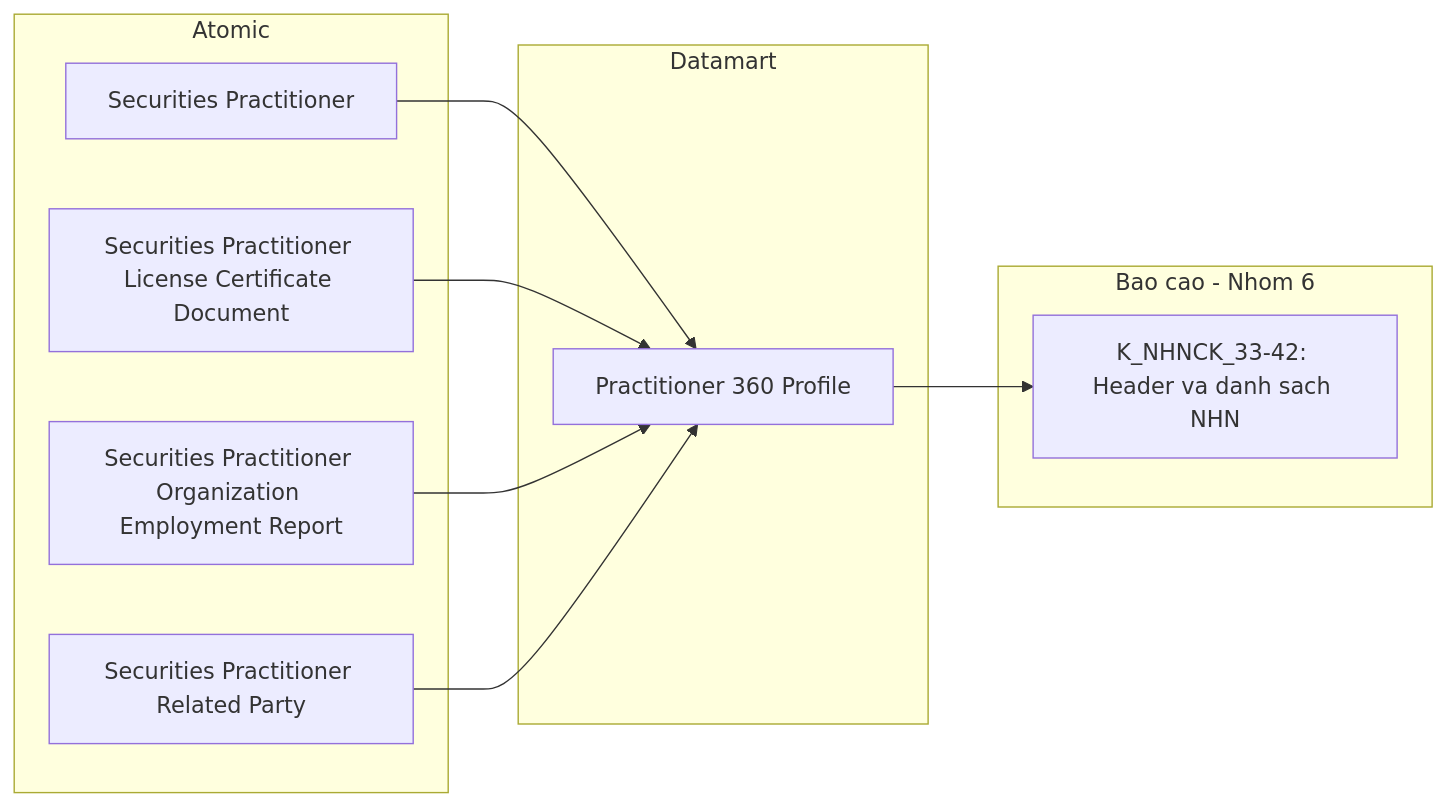
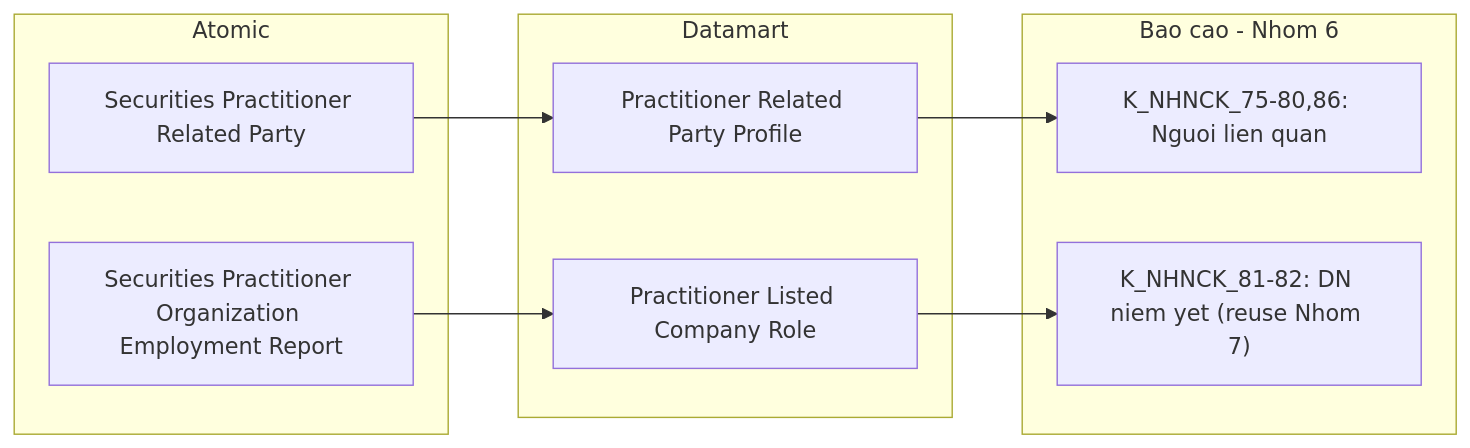
Before and after one commit to linhlvit/ubck_atomic_design: diagram 25 of 40 in Datamart/hld/DTM_NHNCK_HLD.md, drawn with Mermaid. The commit also changed other lines of this file and 25 other files, not shown here.

````diff
--- a/Datamart/hld/DTM_NHNCK_HLD.md
+++ b/Datamart/hld/DTM_NHNCK_HLD.md
@@ -789,20 +1066,19 @@
 ```mermaid
 flowchart LR
     subgraph SIL["Atomic"]
-        SV1["Securities Practitioner"]
-        SV2["Securities Practitioner License Certificate Document"]
-        SV3["Securities Practitioner Organization Employment Report"]
-        SV4["Securities Practitioner Related Party"]
+        SV1["Securities Practitioner Related Party"]
+        SV2["Securities Practitioner Organization Employment Report"]
     end
     subgraph Datamart["Datamart"]
-        G1["Practitioner 360 Profile"]
+        G1["Practitioner Related Party Profile"]
+        G2["Practitioner Listed Company Role"]
     end
     subgraph RPT["Bao cao - Nhom 6"]
-        R1["K_NHNCK_33-42: Header va danh sach NHN"]
+        R1["K_NHNCK_75-80,86: Nguoi lien quan"]
+        R2["K_NHNCK_81-82: DN niem yet (reuse Nhom 7)"]
     end
     SV1 --> G1
-    SV2 --> G1
-    SV3 --> G1
-    SV4 --> G1
+    SV2 --> G2
     G1 --> R1
+    G2 --> R2
 ```
````
